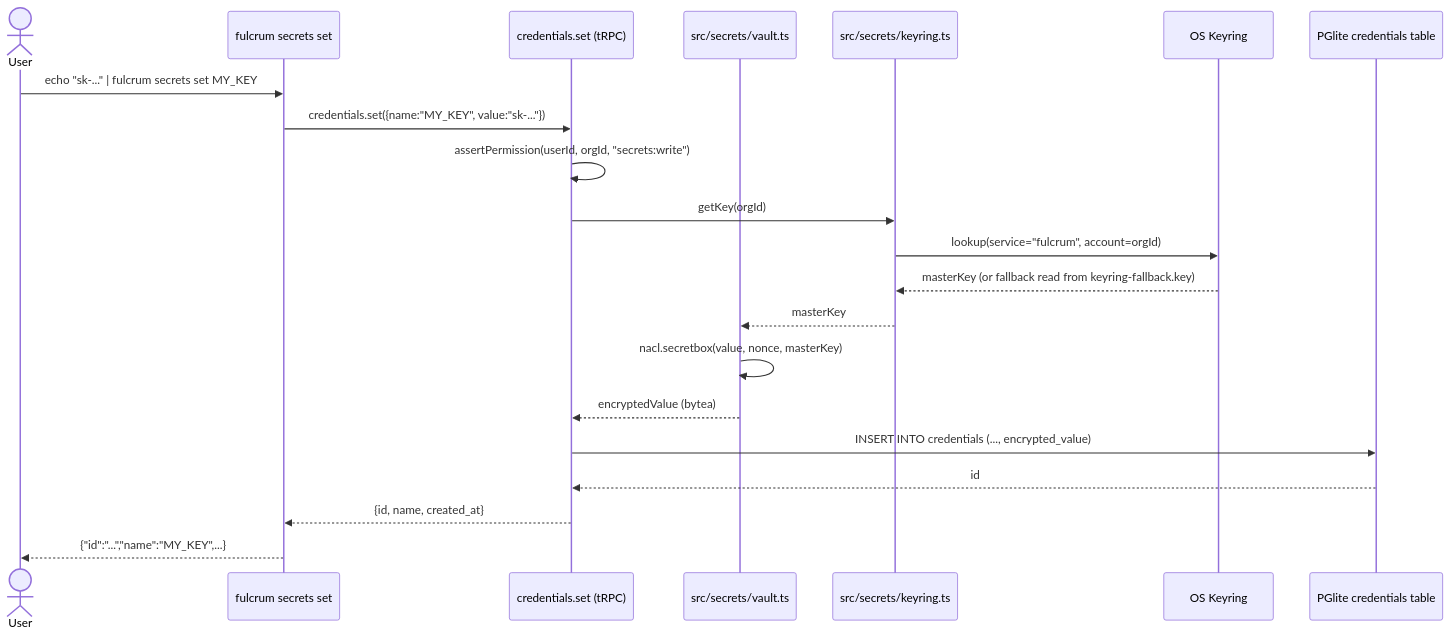
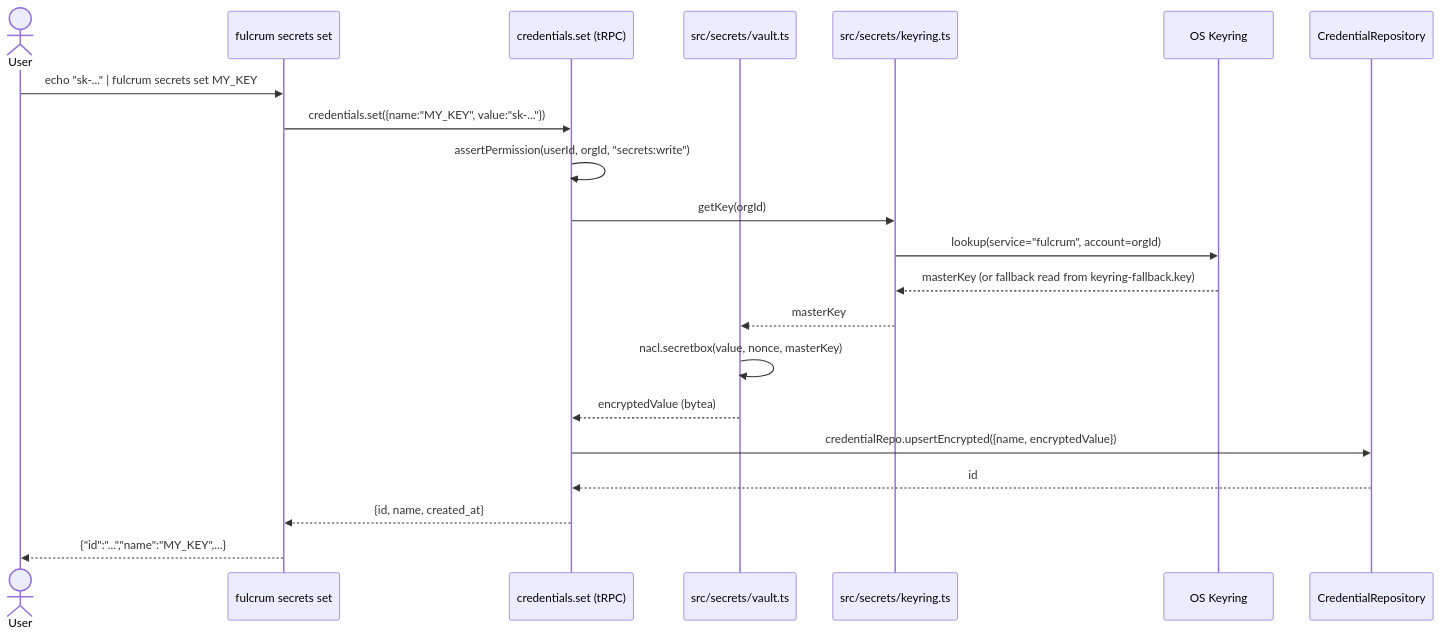
Before and after one commit to moabualruz/fulcrum: the second of 3 diagrams in .scratch/agent-os-vision/prds/17-cross-cutting-platform.md, drawn with Mermaid. The commit also changed other lines of this file and 31 other files, not shown here.

````diff
--- a/.scratch/agent-os-vision/prds/17-cross-cutting-platform.md
+++ b/.scratch/agent-os-vision/prds/17-cross-cutting-platform.md
@@ -473,24 +471,24 @@
 ```mermaid
 sequenceDiagram
     actor User
     participant CLI as fulcrum secrets set
     participant tRPC as credentials.set (tRPC)
     participant VAULT as src/secrets/vault.ts
     participant KR as src/secrets/keyring.ts
     participant OS as OS Keyring
-    participant DB as PGlite credentials table
+    participant Repo as CredentialRepository
 
     User->>CLI: echo "sk-..." | fulcrum secrets set MY_KEY
     CLI->>tRPC: credentials.set({name:"MY_KEY", value:"sk-..."})
     tRPC->>tRPC: assertPermission(userId, orgId, "secrets:write")
     tRPC->>KR: getKey(orgId)
     KR->>OS: lookup(service="fulcrum", account=orgId)
     OS-->>KR: masterKey (or fallback read from keyring-fallback.key)
     KR-->>VAULT: masterKey
     VAULT->>VAULT: nacl.secretbox(value, nonce, masterKey)
     VAULT-->>tRPC: encryptedValue (bytea)
-    tRPC->>DB: INSERT INTO credentials (..., encrypted_value)
-    DB-->>tRPC: id
+    tRPC->>Repo: credentialRepo.upsertEncrypted({name, encryptedValue})
+    Repo-->>tRPC: id
     tRPC-->>CLI: {id, name, created_at}
     CLI-->>User: {"id":"...","name":"MY_KEY",...}
 ```
````
